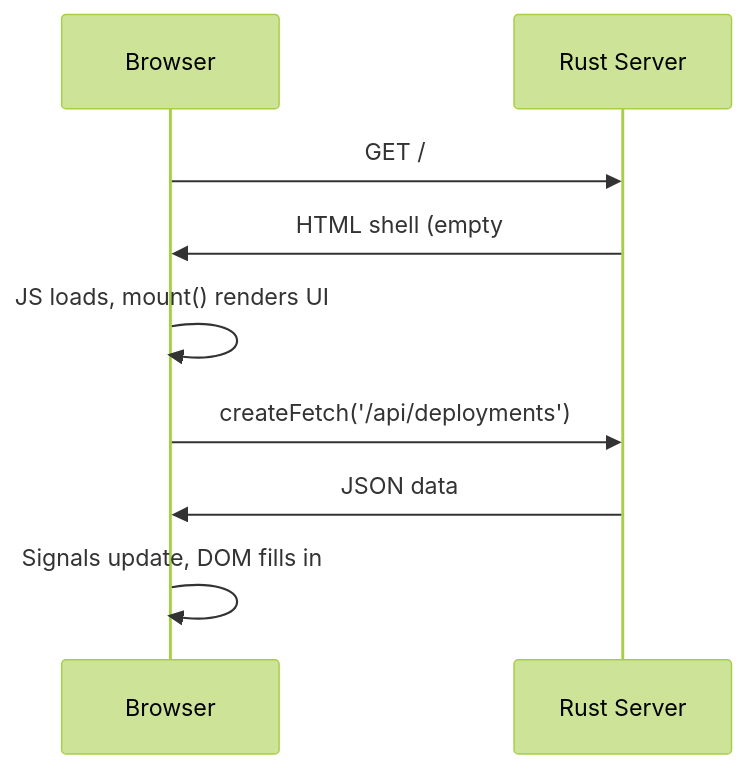
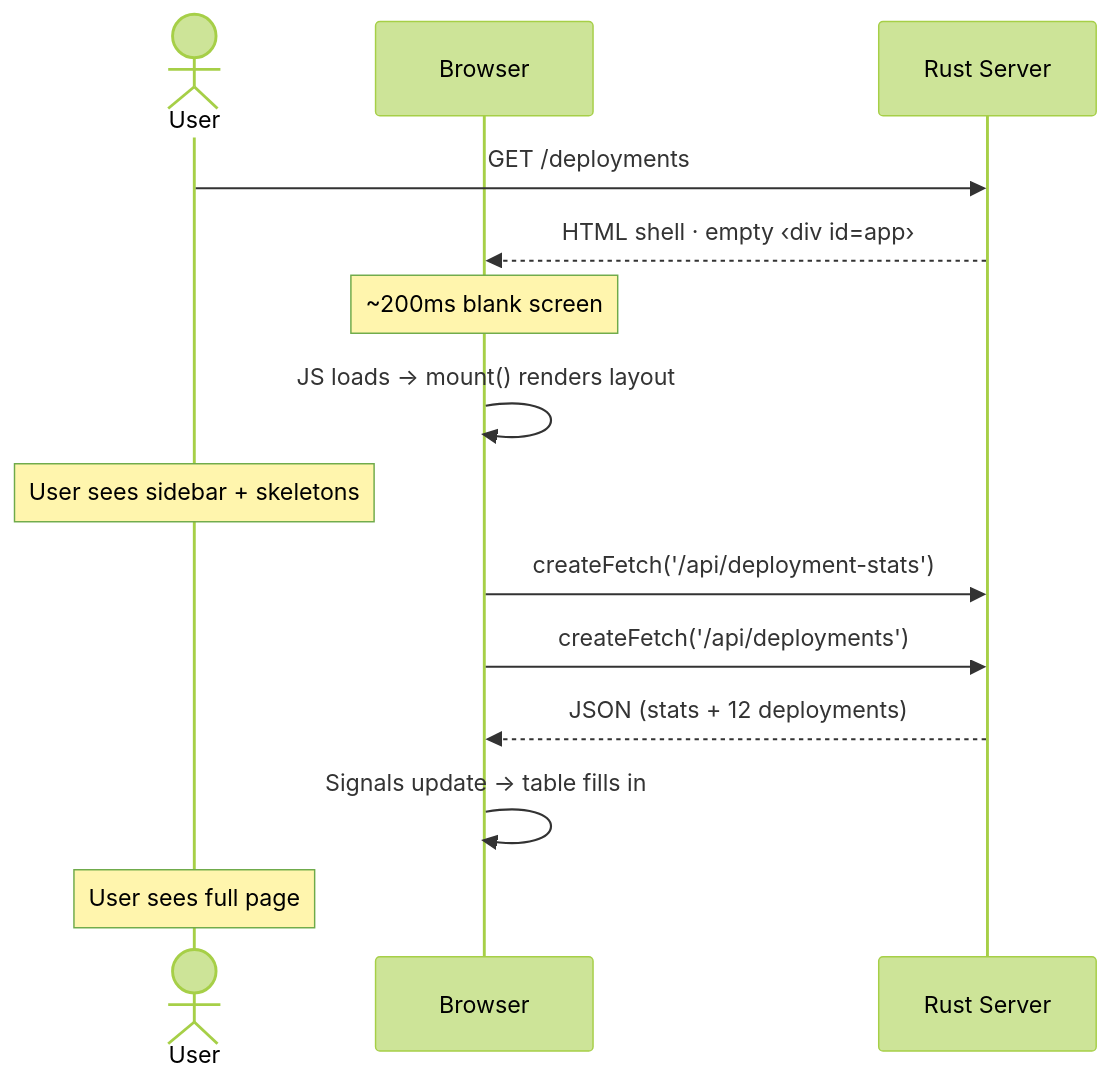
Before and after one commit to getforma-dev/create-forma-app: the second of 3 diagrams in templates/dashboard/README.md, drawn with Mermaid (forest theme). The commit also changed other lines of this file, not shown here.

First line of the commit message:
docs: redesign Mermaid diagrams — cleaner layout, Gruvbox styling, no overlap

````diff
--- a/templates/dashboard/README.md
+++ b/templates/dashboard/README.md
@@ -334,11 +340,17 @@
 ```mermaid
 sequenceDiagram
+  actor User
   participant B as Browser
   participant S as Rust Server
-  B->>S: GET /
-  S->>B: HTML shell (empty #app)
-  B->>B: JS loads, mount() renders UI
+
+  User->>S: GET /deployments
+  S-->>B: HTML shell · empty ‹div id=app›
+  Note over B: ~200ms blank screen
+  B->>B: JS loads → mount() renders layout
+  Note over User: User sees sidebar + skeletons
+  B->>S: createFetch('/api/deployment-stats')
   B->>S: createFetch('/api/deployments')
-  S->>B: JSON data
-  B->>B: Signals update, DOM fills in
+  S-->>B: JSON (stats + 12 deployments)
+  B->>B: Signals update → table fills in
+  Note over User: User sees full page
 ```
````
